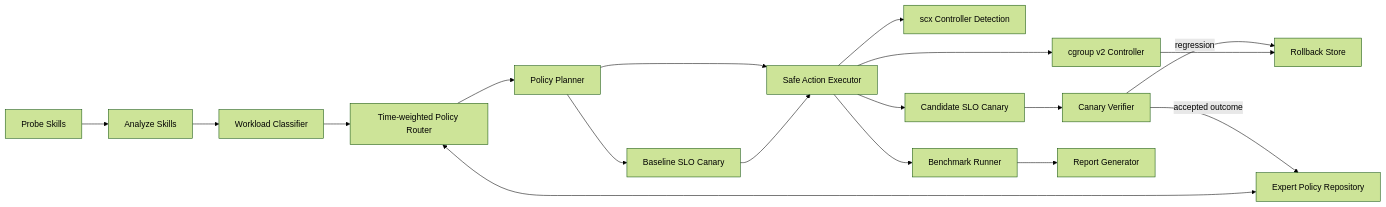
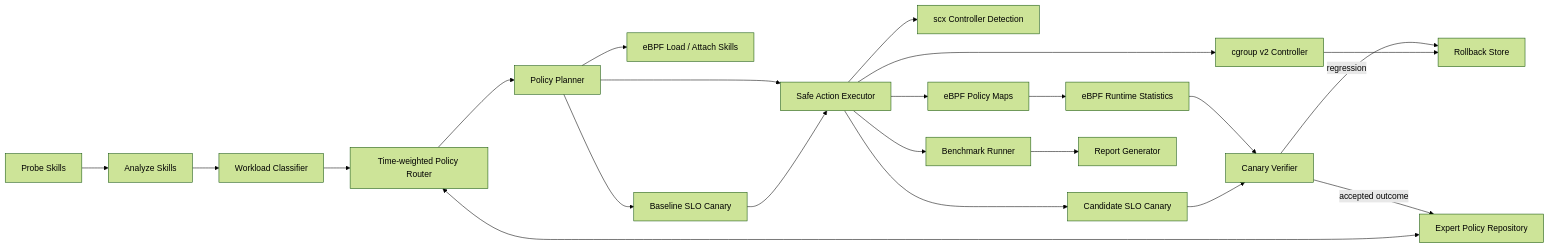
Before and after one commit to SuperGh2233/SchedX-Agent: the diagram in README.md, drawn with Mermaid (forest theme). The commit also changed other lines of this file and 130 other files, not shown here.

````diff
--- a/README.md
+++ b/README.md
@@ -81,20 +100,24 @@
 ```mermaid
 flowchart LR
   P[Probe Skills] --> A[Analyze Skills]
   A --> C[Workload Classifier]
   C --> RT[Time-weighted Policy Router]
   PR[Expert Policy Repository] <--> RT
   RT --> PL[Policy Planner]
   PL --> EX[Safe Action Executor]
+  PL --> EL[eBPF Load / Attach Skills]
   PL --> CB[Baseline SLO Canary]
   CB --> EX
   EX --> CG[cgroup v2 Controller]
   EX --> SCX[scx Controller Detection]
+  EX --> EP[eBPF Policy Maps]
   EX --> CC[Candidate SLO Canary]
+  EP --> ES[eBPF Runtime Statistics]
+  ES --> V
   CC --> V[Canary Verifier]
   V -->|accepted outcome| PR
   V -->|regression| RB
   CG --> RB[Rollback Store]
   EX --> B[Benchmark Runner]
   B --> R[Report Generator]
 ```
````
